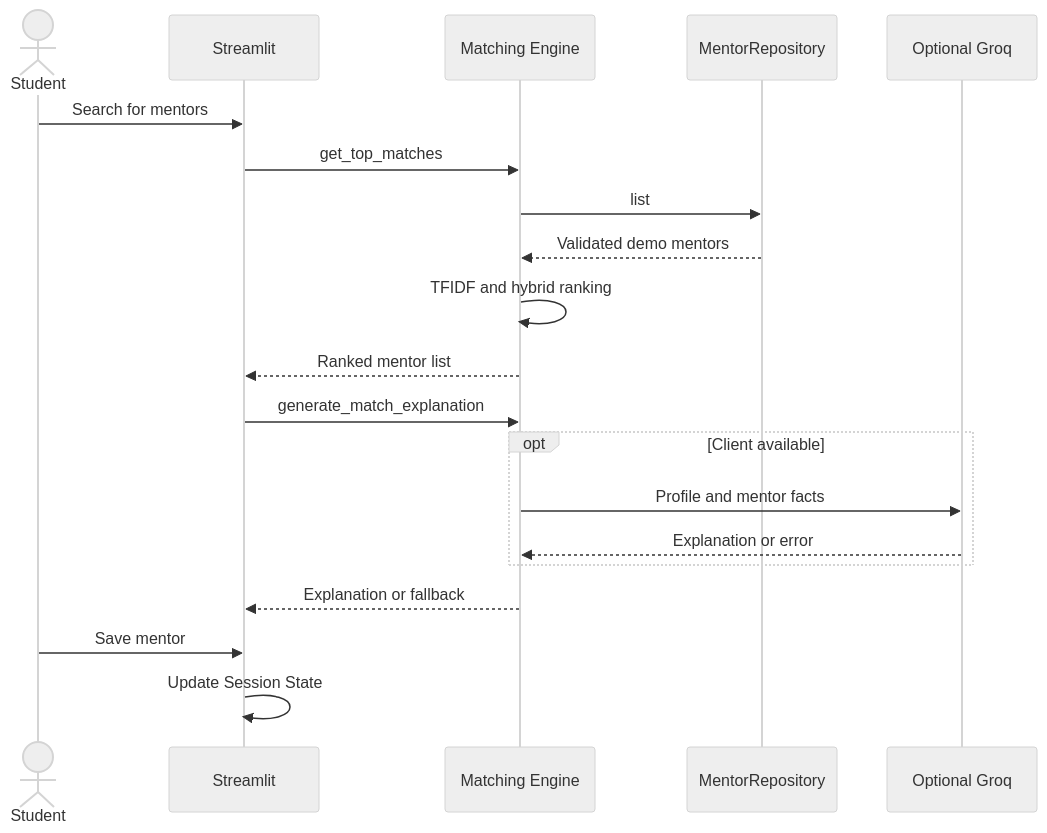
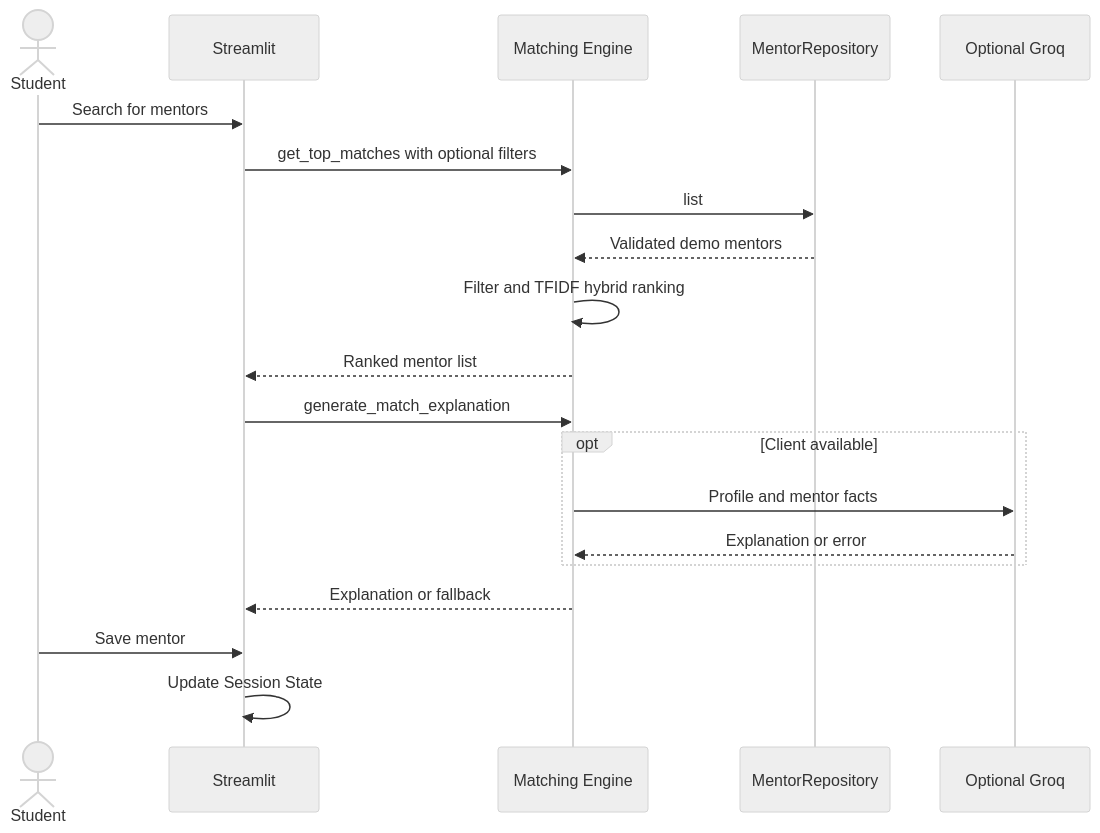
The fifth of 5 diagrams in docs/architecture.md (levanmanh268/cmc-ai-mentor-network), drawn with Mermaid (neutral theme) before and after one commit. The commit also changed other lines of this file, not shown here.

First line of the commit message:
docs(architecture): synchronize C4 diagrams and contracts with UI/filter/diagnostics integration

````diff
--- a/docs/architecture.md
+++ b/docs/architecture.md
@@ -157,22 +164,22 @@
 ```mermaid
 sequenceDiagram
     actor Student as Student
     participant UI as Streamlit
     participant Match as Matching Engine
     participant Repo as MentorRepository
     participant LLM as Optional Groq
     Student->>UI: Search for mentors
-    UI->>Match: get_top_matches
+    UI->>Match: get_top_matches with optional filters
     Match->>Repo: list
     Repo-->>Match: Validated demo mentors
-    Match->>Match: TFIDF and hybrid ranking
+    Match->>Match: Filter and TFIDF hybrid ranking
     Match-->>UI: Ranked mentor list
     UI->>Match: generate_match_explanation
     opt Client available
         Match->>LLM: Profile and mentor facts
         LLM-->>Match: Explanation or error
     end
     Match-->>UI: Explanation or fallback
     Student->>UI: Save mentor
     UI->>UI: Update Session State
 ```
````
